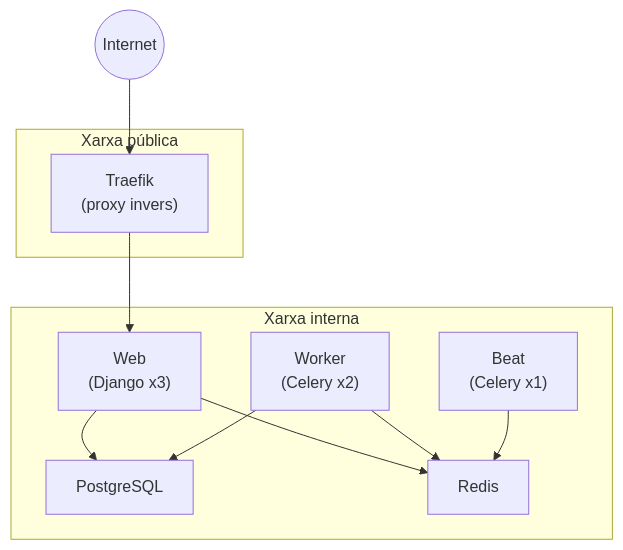
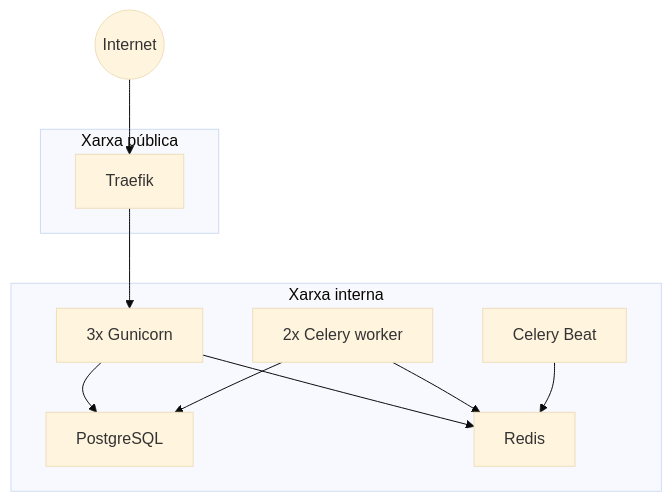
One commit to jsabater/calabruix changed the diagram in content/ca/posts/docker/swarm/example/index.md. Above: the diagram before and after it, drawn with Mermaid. The commit also changed other lines of this file, not shown here.

````diff
--- a/content/ca/posts/docker/swarm/example/index.md
+++ b/content/ca/posts/docker/swarm/example/index.md
@@ -37,22 +69,23 @@
-```mermaid
+{{< mermaid >}}
+%%{init: {'theme': 'base'}}%%
 flowchart TB
     subgraph public["Xarxa pública"]
-        traefik["Traefik<br>(proxy invers)"]
+        traefik["Traefik"]
     end
     
     subgraph backend["Xarxa interna"]
-        web["Web<br>(Django x3)"]
-        worker["Worker<br>(Celery x2)"]
-        beat["Beat<br>(Celery x1)"]
+        web["3x Gunicorn"]
+        worker["2x Celery worker"]
+        beat["Celery Beat"]
         postgres["PostgreSQL"]
         redis["Redis"]
     end
     
     internet((Internet)) --> traefik
     traefik --> web
     web --> postgres
     web --> redis
     worker --> postgres
     worker --> redis
     beat --> redis
-```
+{{< /mermaid >}}
````
